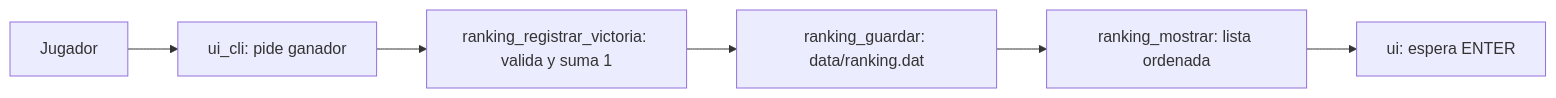
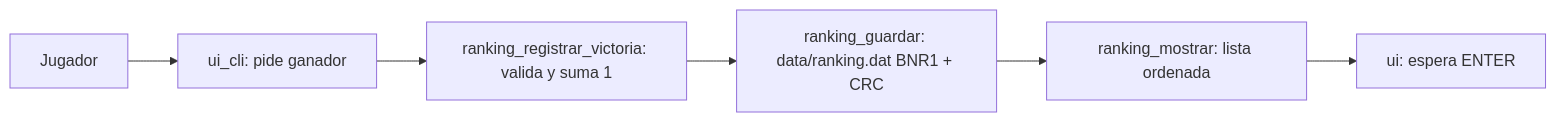
One commit to vrodpi/batalla_naval changed the diagram in README_gian.md. Above: the diagram before and after it, drawn with Mermaid. The commit also changed other lines of this file and 7 other files, not shown here.

Commit message:
refactor(ranking): formato binario BNR1 v1 con checksum

````diff
--- a/README_gian.md
+++ b/README_gian.md
@@ -87,8 +92,8 @@
 ```mermaid
 flowchart LR
   J[Jugador] --> UI[ui_cli: pide ganador]
   UI --> RK[ranking_registrar_victoria: valida y suma 1]
-  RK --> SV[ranking_guardar: data/ranking.dat]
+  RK --> SV[ranking_guardar: data/ranking.dat BNR1 + CRC]
   SV --> MO[ranking_mostrar: lista ordenada]
   MO --> UI2[ui: espera ENTER]
 ```
````
